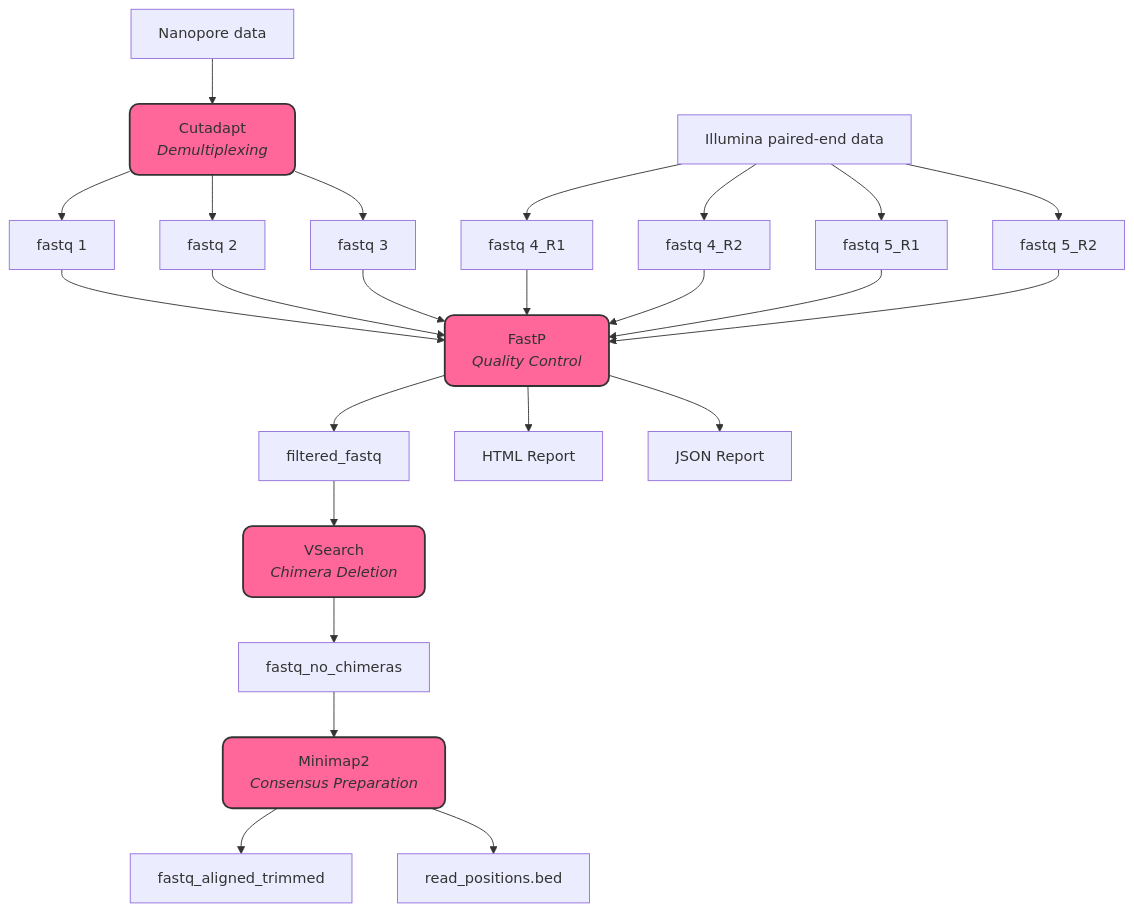
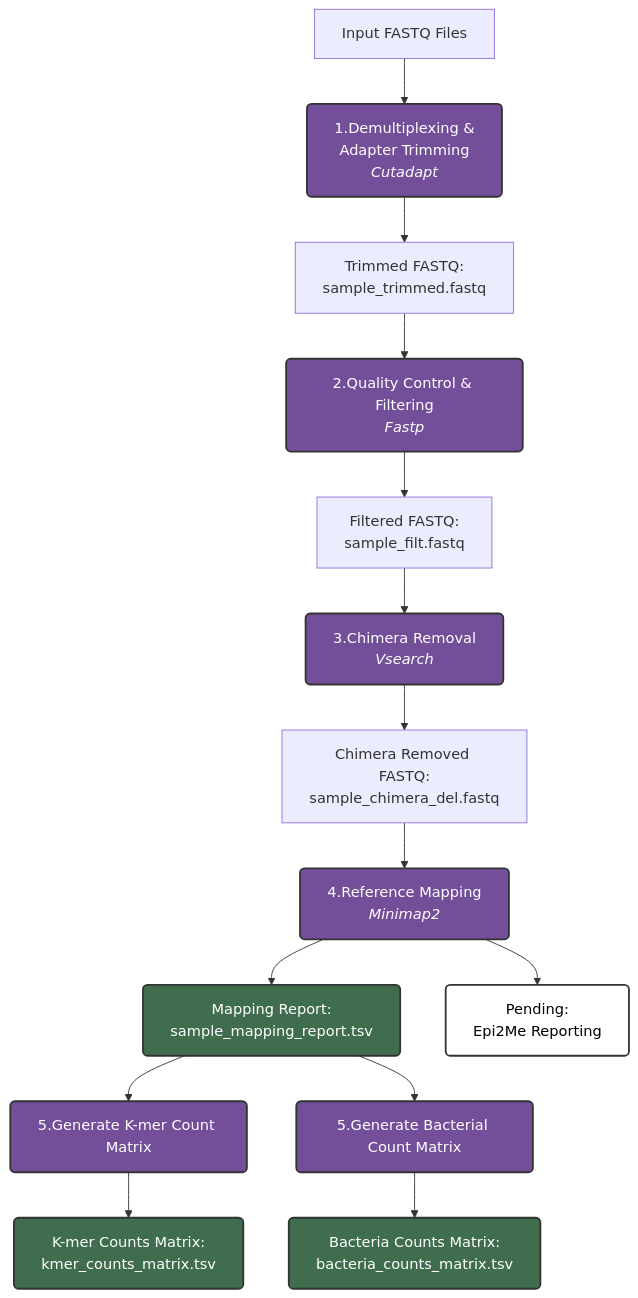
The diagram in README.md (Luis7orres/Pipeline_4), drawn with Mermaid before and after one commit. The commit also changed other lines of this file and 8 other files, not shown here.

Commit message:
Se elimina funcionalidad Illumina, versión funcional para los scripts con secuencias de Nanopore, se añade nuevo script de conteo de Kmeros y matches con SNPs asociados en base de datos de patógenos

````diff
--- a/README.md
+++ b/README.md
@@ -21,71 +20,41 @@
 ```mermaid
 flowchart TD
-    %% Define nodes
-    A[Nanopore data] 
-    B[Illumina paired-end data] 
+    A[Input FASTQ Files]
+    B[1.Demultiplexing & <br>Adapter Trimming<br><i>Cutadapt</i>]:::purple
+    B_out[Trimmed FASTQ:<br>sample_trimmed.fastq]
+    C[2.Quality Control & Filtering<br><i>Fastp</i>]:::purple
+    C_out[Filtered FASTQ:<br>sample_filt.fastq]
+    D[3.Chimera Removal<br><i>Vsearch</i>]:::purple
+    D_out[Chimera Removed FASTQ:<br>sample_chimera_del.fastq]
+    E[4.Reference Mapping<br><i>Minimap2</i>]:::purple
+    E_out[Mapping Report:<br>sample_mapping_report.tsv]:::green
+    F[5.Generate K-mer Count Matrix]:::purple
+    G[5.Generate Bacterial Count Matrix]:::purple
+    H[K-mer Counts Matrix:<br>kmer_counts_matrix.tsv]:::green
+    I[Bacteria Counts Matrix:<br>bacteria_counts_matrix.tsv]:::green
+    J[Pending:<br>Epi2Me Reporting]:::white
 
-    demultiplex[Cutadapt<br><i>Demultiplexing</i>]:::color3
-    fastq1[fastq 1]
-    fastq2[fastq 2]
-    fastq3[fastq 3]
+    A --> B
+    B --> B_out
+    B_out --> C
+    C --> C_out
+    C_out --> D
+    D --> D_out
+    D_out --> E
+    E --> E_out
+    E_out --> F
+    E_out --> G
+    F --> H
+    G --> I
+    E --> J
 
-    fastq4_R1[fastq 4_R1]
-    fastq4_R2[fastq 4_R2]
-    fastq5_R1[fastq 5_R1]
-    fastq5_R2[fastq 5_R2]
+    %% Define styles
+    classDef purple fill:#734f9a,stroke:#333,stroke-width:2px,rx:5px,ry:5px,color:#fff
+    classDef green fill:#3f6d4e,stroke:#333,stroke-width:2px,rx:5px,ry:5px,color:#fff
+    classDef white fill:#fff,stroke:#333,stroke-width:2px,rx:5px,ry:5px,color:#000
 
-    QC[FastP<br><i>Quality Control</i>]:::color3
-    filtered_fastq[filtered_fastq]
-    
-    QC_HTML[HTML Report]
-    QC_JSON[JSON Report]
-
-    Chimera[VSearch<br><i>Chimera Deletion</i>]:::color3
-    fastq_no_chimeras[fastq_no_chimeras]
-
-    Consensus[Minimap2<br><i>Consensus Preparation</i>]:::color3
-    fastq_aligned_trimmed[fastq_aligned_trimmed]
-    read_positions_bed[read_positions.bed]
-
-    %% Define styles for colored nodes
-    classDef color3 fill:#ff6699,stroke:#333,stroke-width:2px;
-    classDef oval fill:#ff6699, stroke:#333, stroke-width:2px, rx:10px, ry:10px;
-
-    %% Define oval styles for all processes
-    class demultiplex oval;
-    class QC oval;
-    class Chimera oval;
-    class Consensus oval;
-
-    %% Define links
-    A --> demultiplex
-    demultiplex --> fastq1
-    demultiplex --> fastq2
-    demultiplex --> fastq3
-
-    B --> fastq4_R1
-    B --> fastq4_R2
-    B --> fastq5_R1
-    B --> fastq5_R2
-
-    fastq1 --> QC
-    fastq2 --> QC
-    fastq3 --> QC
-    fastq4_R1 --> QC
-    fastq4_R2 --> QC
-    fastq5_R1 --> QC
-    fastq5_R2 --> QC
-
-    QC --> filtered_fastq
-
-    filtered_fastq --> Chimera
-    Chimera --> fastq_no_chimeras
-
-    fastq_no_chimeras --> Consensus
-    Consensus --> fastq_aligned_trimmed
-    Consensus --> read_positions_bed
-
-    %% Position the reports
-    QC --> QC_HTML
-    QC --> QC_JSON
+    %% Apply styles
+    class J white
+    class E_out,H,I green
+    class B,C,D,E,F,G purple
 ```
````
